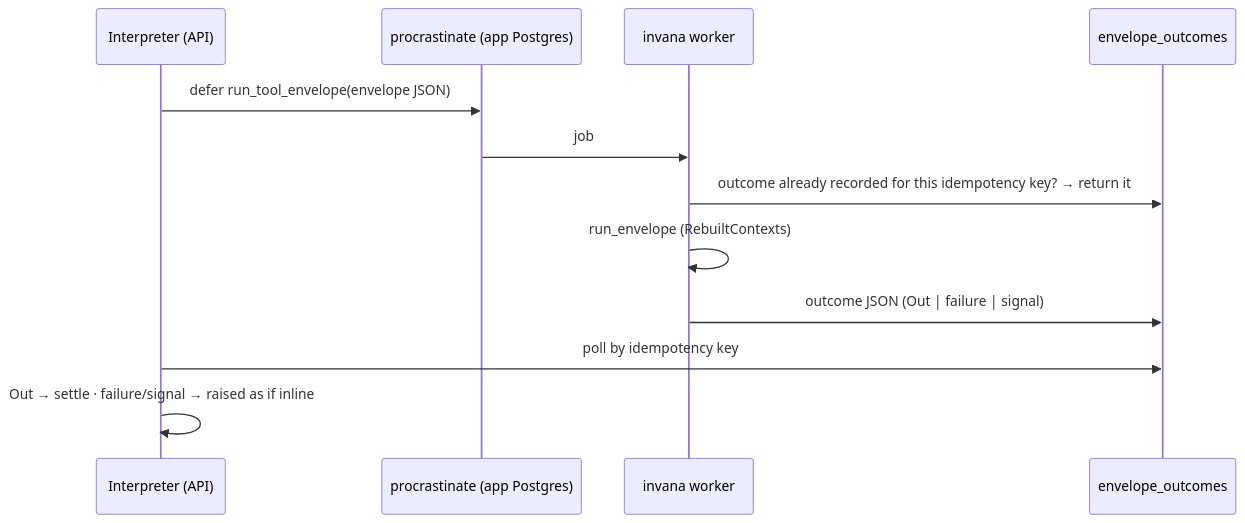
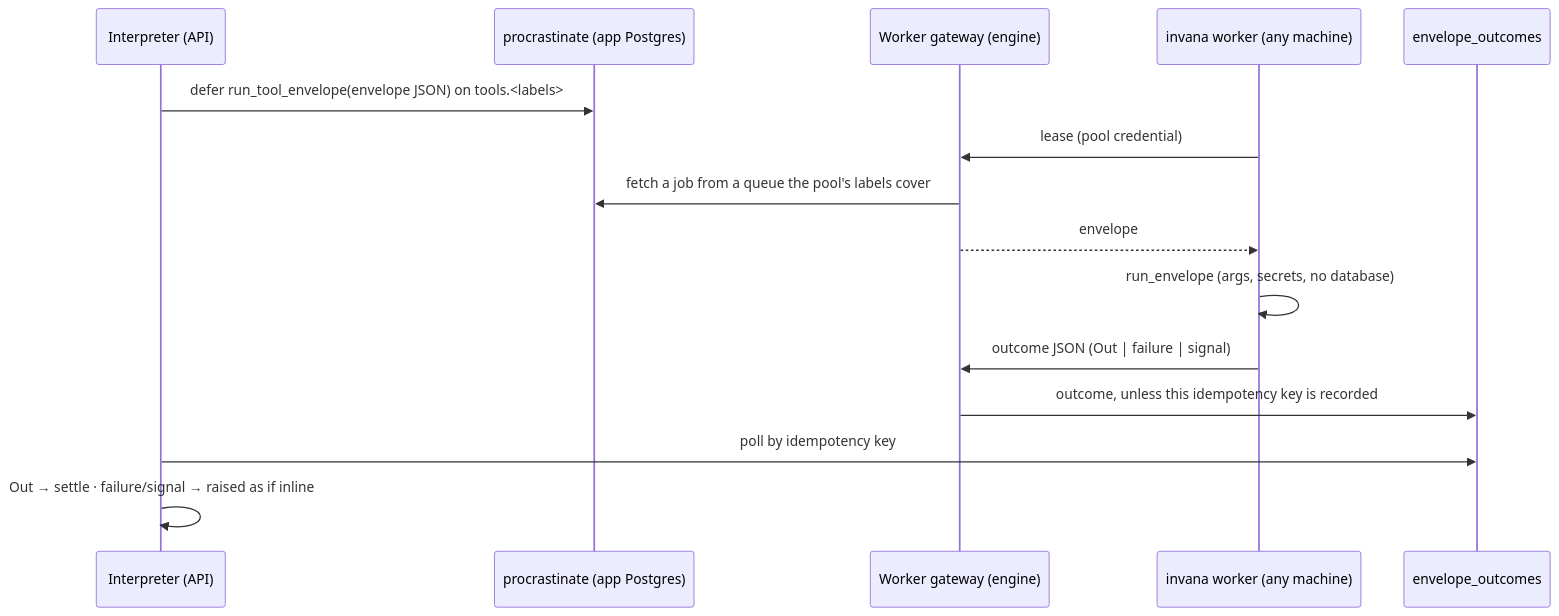
Before and after one commit to invana/invana: the second of 2 diagrams in docs/for-developers/modules/platform/features/tool-plugins.md, drawn with Mermaid. The commit also changed other lines of this file and 73 other files, not shown here.

Commit message:
wip(agents): F06 · step 3 — worker gateway, dial-out invana worker, Studio Workers page, seed and board routes

````diff
--- a/docs/for-developers/modules/platform/features/tool-plugins.md
+++ b/docs/for-developers/modules/platform/features/tool-plugins.md
@@ -61,14 +61,17 @@
 ```mermaid
 sequenceDiagram
     participant O as Interpreter (API)
     participant Q as procrastinate (app Postgres)
-    participant W as invana worker
+    participant G as Worker gateway (engine)
+    participant W as invana worker (any machine)
     participant DB as envelope_outcomes
-    O->>Q: defer run_tool_envelope(envelope JSON)
-    Q->>W: job
-    W->>DB: outcome already recorded for this idempotency key? → return it
-    W->>W: run_envelope (RebuiltContexts)
-    W->>DB: outcome JSON (Out | failure | signal)
+    O->>Q: defer run_tool_envelope(envelope JSON) on tools.<labels>
+    W->>G: lease (pool credential)
+    G->>Q: fetch a job from a queue the pool's labels cover
+    G-->>W: envelope
+    W->>W: run_envelope (args, secrets, no database)
+    W->>G: outcome JSON (Out | failure | signal)
+    G->>DB: outcome, unless this idempotency key is recorded
     O->>DB: poll by idempotency key
     O->>O: Out → settle · failure/signal → raised as if inline
 ```
````
